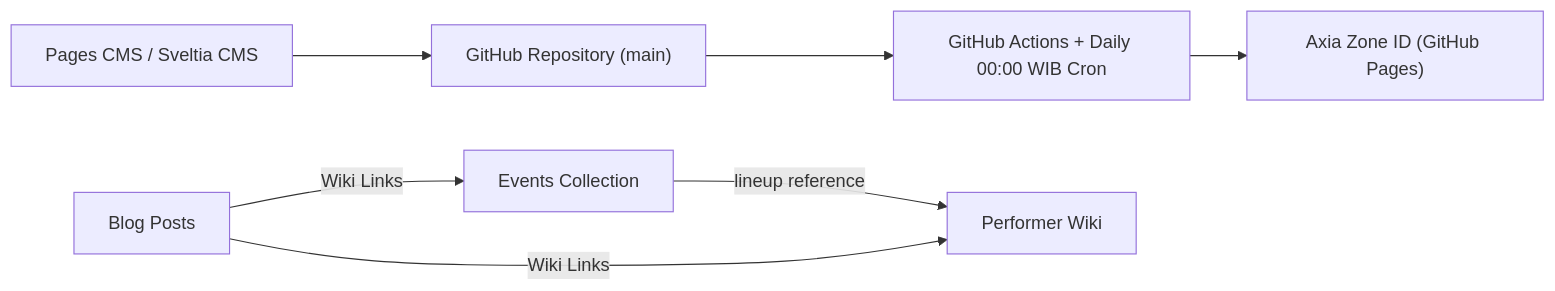
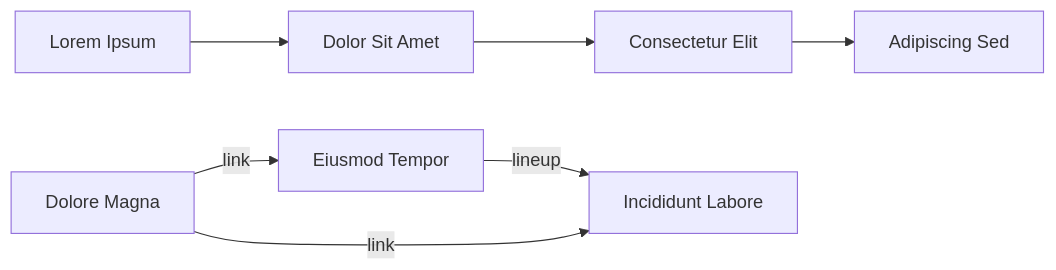
The diagram in src/content/posts/axia-zone-feature-showcase.mdx (raitoklaus/axia-zone-id), drawn with Mermaid before and after one commit. The commit also changed other lines of this file and 21 other files, not shown here.

Commit message:
chore: replace preview posts, articles, and content pages with lorem ipsum

````diff
--- a/src/content/posts/axia-zone-feature-showcase.mdx
+++ b/src/content/posts/axia-zone-feature-showcase.mdx
@@ -168,9 +167,9 @@
 ```mermaid
 flowchart LR
-    CMS["Pages CMS / Sveltia CMS"] --> Repo["GitHub Repository (main)"]
-    Repo --> Actions["GitHub Actions + Daily 00:00 WIB Cron"]
-    Actions --> Site["Axia Zone ID (GitHub Pages)"]
-    Events["Events Collection"] -->|lineup reference| Performers["Performer Wiki"]
-    Posts["Blog Posts"] -->|Wiki Links| Events
-    Posts -->|Wiki Links| Performers
+    Lorem["Lorem Ipsum"] --> Dolor["Dolor Sit Amet"]
+    Dolor --> Consectetur["Consectetur Elit"]
+    Consectetur --> Adipiscing["Adipiscing Sed"]
+    Eiusmod["Eiusmod Tempor"] -->|lineup| Incididunt["Incididunt Labore"]
+    Dolore["Dolore Magna"] -->|link| Eiusmod
+    Dolore -->|link| Incididunt
 ```
````
